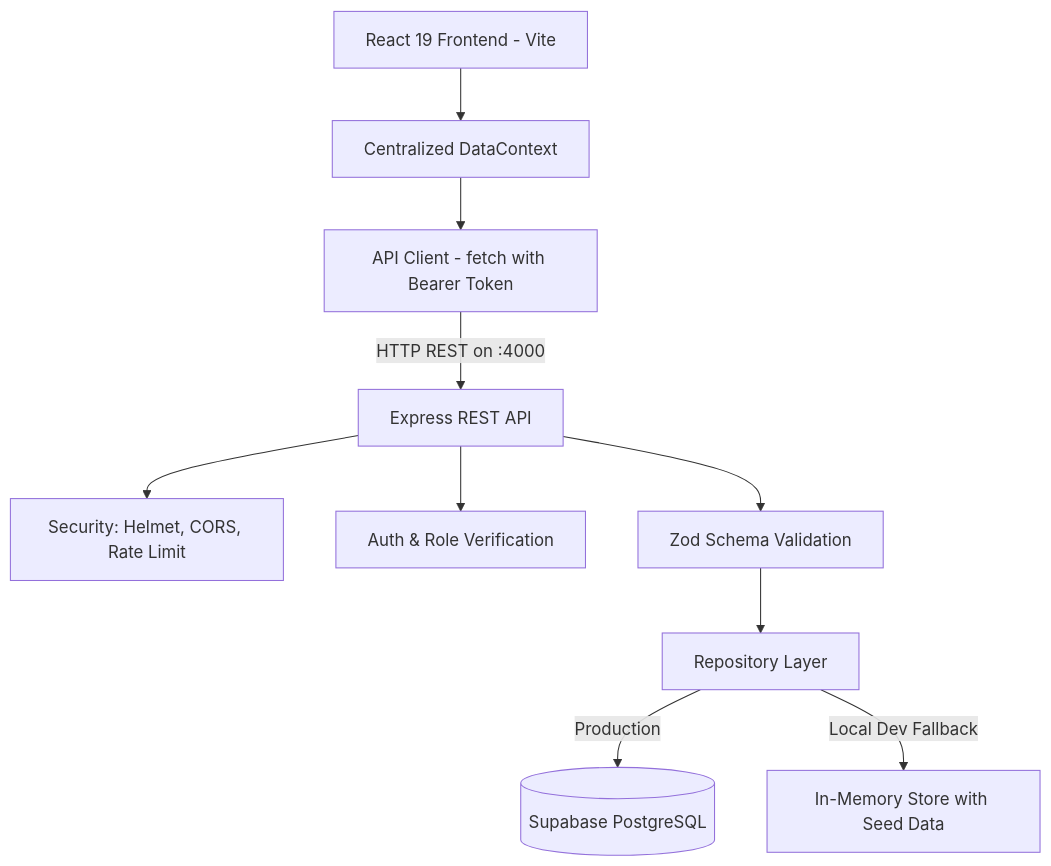
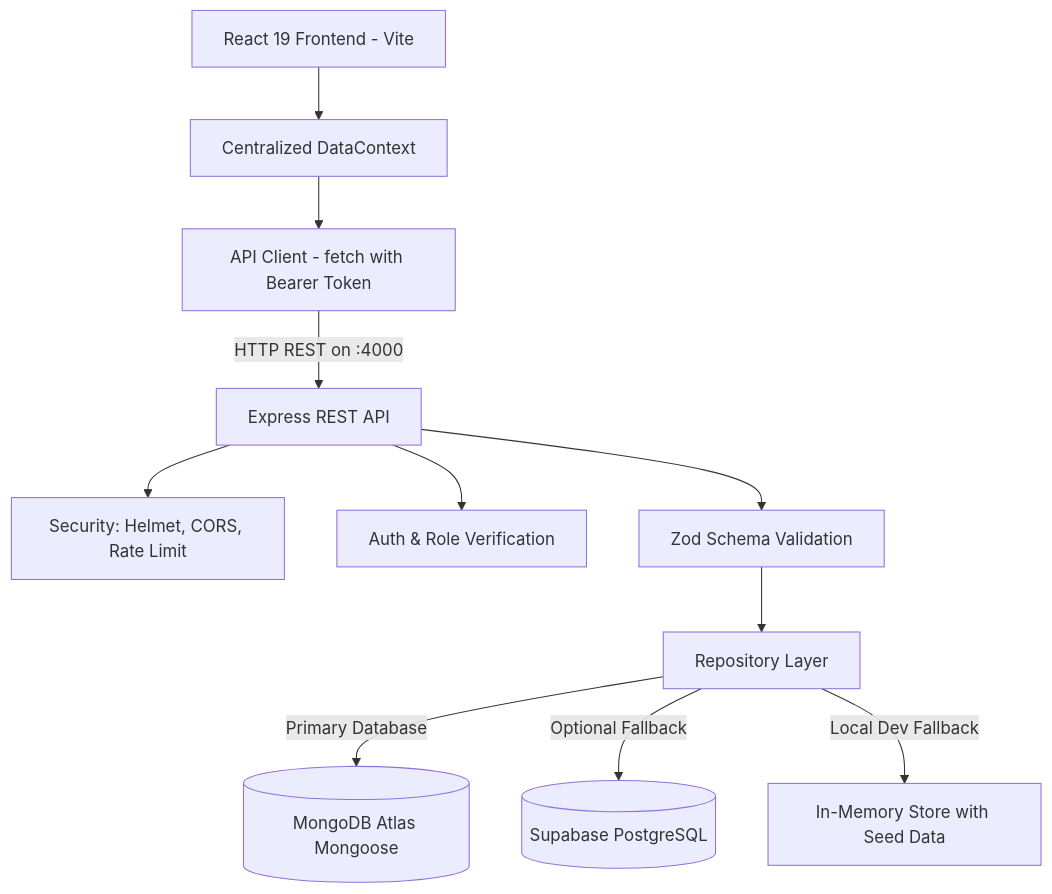
The diagram in README.md (Ahad-Panhwer/ClusterHub), drawn with Mermaid before and after one commit. The commit also changed other lines of this file and 25 other files, not shown here.

Commit message:
feat: integrate MongoDB Atlas, configure Vercel deployment, and clean up frontend structure

````diff
--- a/README.md
+++ b/README.md
@@ -29,12 +29,13 @@
 ```mermaid
 graph TD
     A[React 19 Frontend - Vite] --> B[Centralized DataContext]
     B --> C[API Client - fetch with Bearer Token]
     C -->|HTTP REST on :4000| D[Express REST API]
     D --> E[Security: Helmet, CORS, Rate Limit]
     D --> F[Auth & Role Verification]
     D --> G[Zod Schema Validation]
     G --> H[Repository Layer]
-    H -->|Production| I[(Supabase PostgreSQL)]
-    H -->|Local Dev Fallback| J[In-Memory Store with Seed Data]
+    H -->|Primary Database| I[(MongoDB Atlas Mongoose)]
+    H -->|Optional Fallback| J[(Supabase PostgreSQL)]
+    H -->|Local Dev Fallback| K[In-Memory Store with Seed Data]
 ```
````
